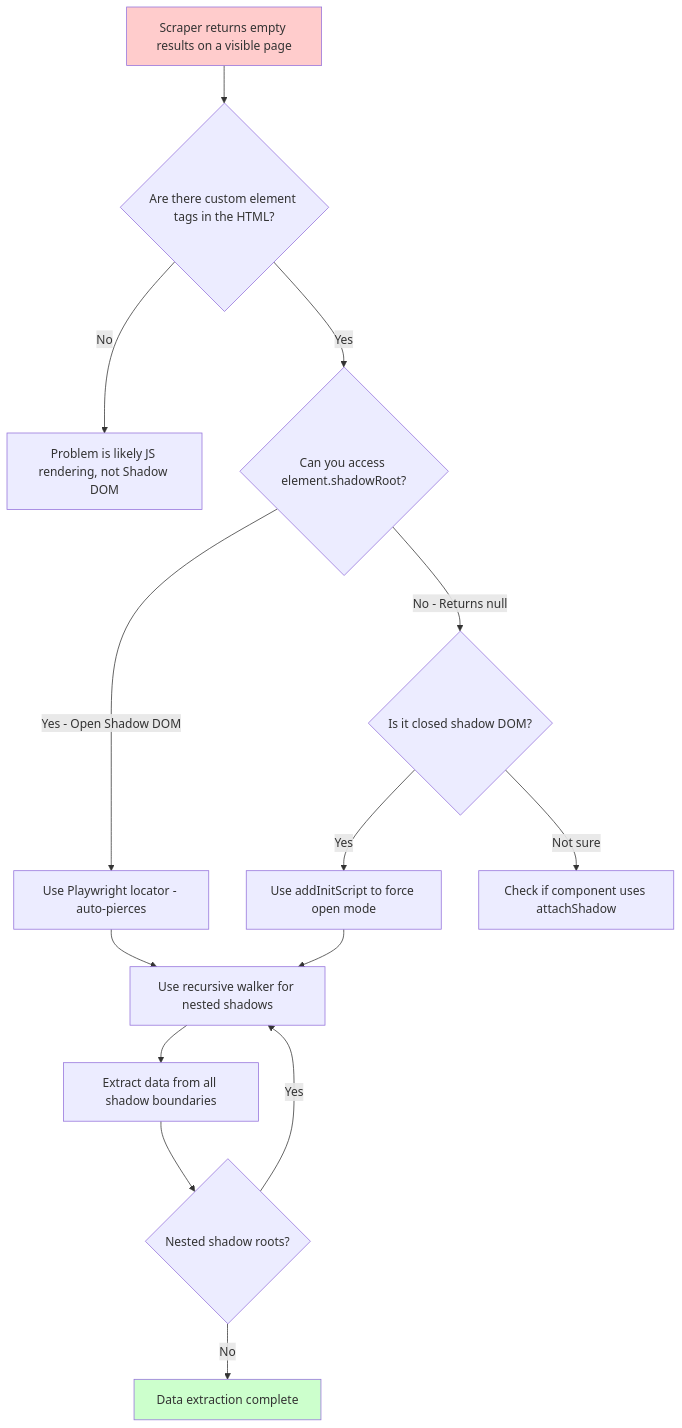
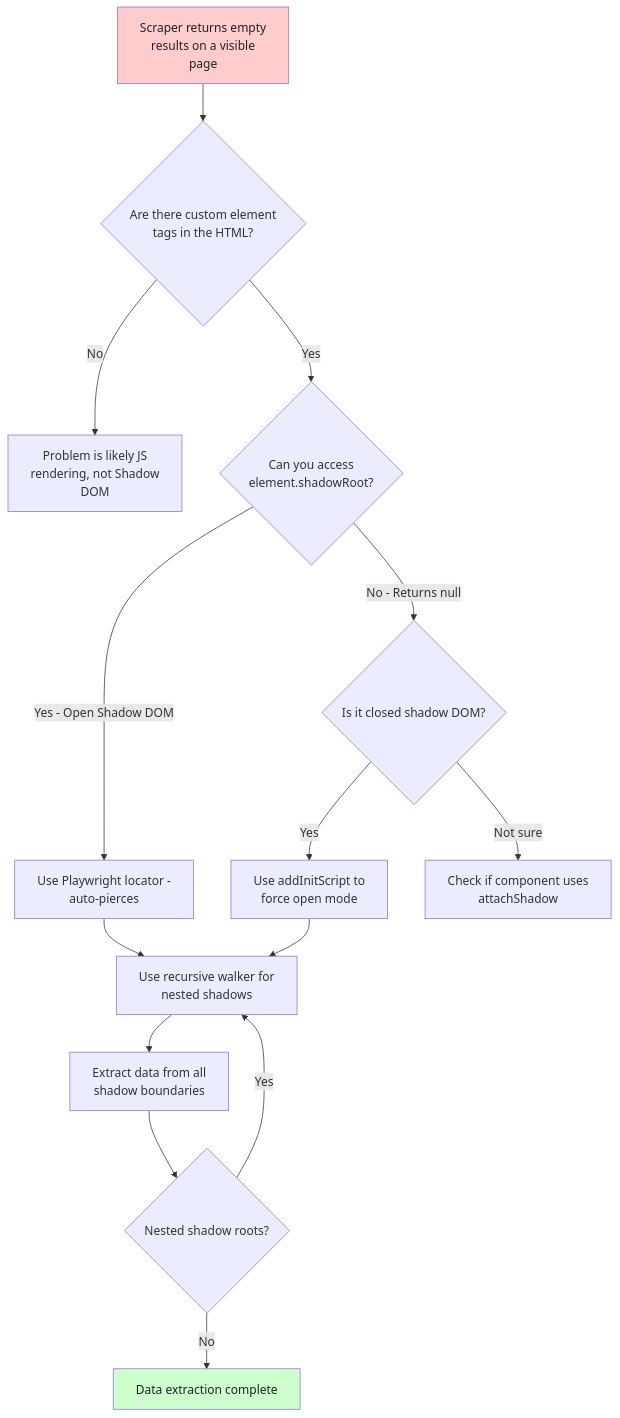
Before and after one commit to bytetunnels/bytetunnels.github.com: the third of 3 diagrams in _posts/2026-02-27-shadow-dom-the-silent-killer-of-ai-web-scraping.md, drawn with Mermaid. The commit also changed other lines of this file and 118 other files, not shown here.

Commit message:
feat: improve diagram styling and compact wide flowcharts

````diff
--- a/_posts/2026-02-27-shadow-dom-the-silent-killer-of-ai-web-scraping.md
+++ b/_posts/2026-02-27-shadow-dom-the-silent-killer-of-ai-web-scraping.md
@@ -350,19 +350,19 @@
 ```mermaid
 flowchart TD
-    A["Scraper returns empty results on a visible page"] --> B{"Are there custom element tags in the HTML?"}
-    B -->|No| C["Problem is likely JS rendering, not Shadow DOM"]
-    B -->|Yes| D{"Can you access element.shadowRoot?"}
-    D -->|Yes - Open Shadow DOM| E["Use Playwright locator - auto-pierces"]
+    A["Scraper returns empty<br/>results on a visible<br/>page"] --> B{"Are there custom element<br/>tags in the HTML?"}
+    B -->|No| C["Problem is likely JS<br/>rendering, not Shadow<br/>DOM"]
+    B -->|Yes| D{"Can you access<br/>element.shadowRoot?"}
+    D -->|Yes - Open Shadow DOM| E["Use Playwright locator -<br/>auto-pierces"]
     D -->|No - Returns null| F{"Is it closed shadow DOM?"}
-    F -->|Yes| G["Use addInitScript to force open mode"]
-    F -->|"Not sure"| H["Check if component uses attachShadow"]
-    E --> I["Use recursive walker for nested shadows"]
+    F -->|Yes| G["Use addInitScript to<br/>force open mode"]
+    F -->|"Not sure"| H["Check if component uses<br/>attachShadow"]
+    E --> I["Use recursive walker for<br/>nested shadows"]
     G --> I
-    I --> J["Extract data from all shadow boundaries"]
+    I --> J["Extract data from all<br/>shadow boundaries"]
     J --> K{"Nested shadow roots?"}
     K -->|Yes| I
     K -->|No| L["Data extraction complete"]
 
-    style A fill:#ffcccc
-    style L fill:#ccffcc
+    style A fill:#ffcccc,color:#1f2328
+    style L fill:#ccffcc,color:#1f2328
 ```
````
